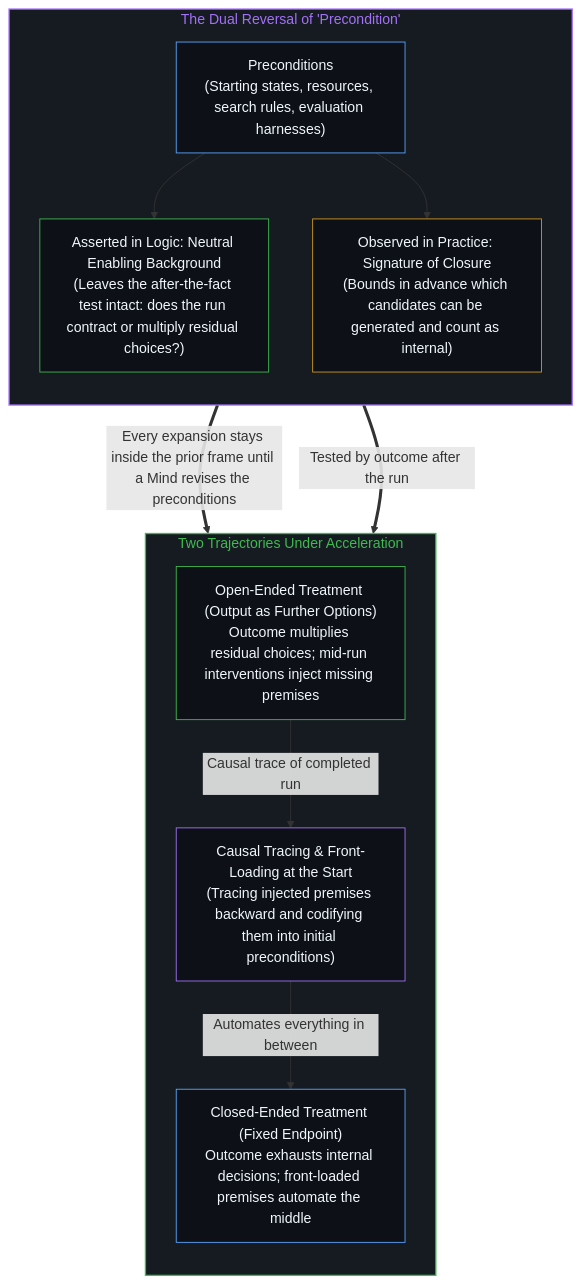
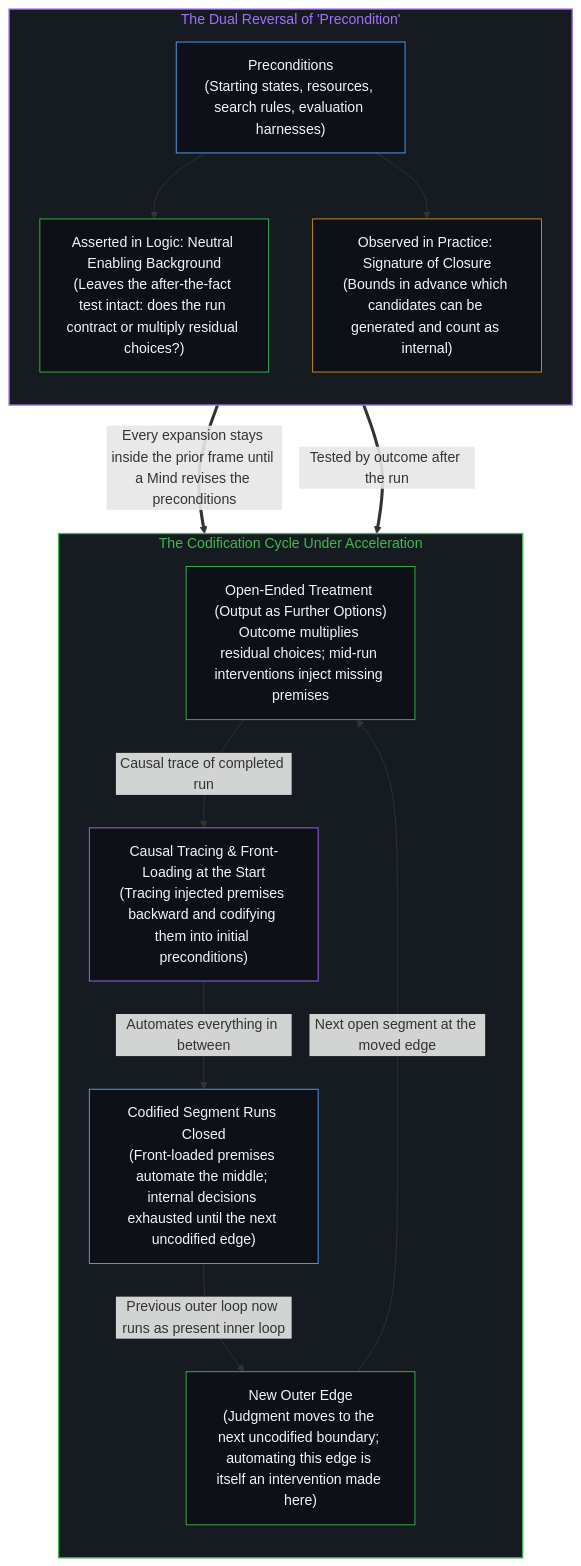
One commit to powerpig99/not-a-toe changed the fourth of 4 diagrams in content/posts/the-density-of-judgment.md. Above: the diagram before and after it, drawn with Mermaid. The commit also changed other lines of this file and 2 other files, not shown here.

Commit message:
refine(wake): the-density-of-judgment — automation as compiled intervention, full autonomy never full, previous outer loops are present inner loops

````diff
--- a/content/posts/the-density-of-judgment.md
+++ b/content/posts/the-density-of-judgment.md
@@ -129,29 +137,33 @@
 ```mermaid
 flowchart TD
     subgraph S_Dual["The Dual Reversal of 'Precondition'"]
         direction TB
         P_Term["Preconditions<br/>(Starting states, resources, search rules, evaluation harnesses)"]
         P_Assert["Asserted in Logic: Neutral Enabling Background<br/>(Leaves the after-the-fact test intact: does the run contract or multiply residual choices?)"]
         P_Observe["Observed in Practice: Signature of Closure<br/>(Bounds in advance which candidates can be generated and count as internal)"]
         P_Term --> P_Assert
         P_Term --> P_Observe
     end
-    subgraph S_Pattern["Two Trajectories Under Acceleration"]
+    subgraph S_Pattern["The Codification Cycle Under Acceleration"]
         direction TB
         T_Open["Open-Ended Treatment (Output as Further Options)<br/>Outcome multiplies residual choices; mid-run interventions inject missing premises"]
         T_Codify["Causal Tracing & Front-Loading at the Start<br/>(Tracing injected premises backward and codifying them into initial preconditions)"]
-        T_Closed["Closed-Ended Treatment (Fixed Endpoint)<br/>Outcome exhausts internal decisions; front-loaded premises automate the middle"]
+        T_Closed["Codified Segment Runs Closed<br/>(Front-loaded premises automate the middle; internal decisions exhausted until the next uncodified edge)"]
+        T_Edge["New Outer Edge<br/>(Judgment moves to the next uncodified boundary; automating this edge is itself an intervention made here)"]
         T_Open -->|"Causal trace of completed run"| T_Codify
         T_Codify -->|"Automates everything in between"| T_Closed
+        T_Closed -->|"Previous outer loop now runs as present inner loop"| T_Edge
+        T_Edge -->|"Next open segment at the moved edge"| T_Open
     end
     P_Assert ==>|"Tested by outcome after the run"| S_Pattern
     P_Observe ==>|"Every expansion stays inside the prior frame until a Mind revises the preconditions"| T_Open
     style S_Dual fill:#161b22,stroke:#a371f7,stroke-width:1.5px,color:#a371f7
     style S_Pattern fill:#161b22,stroke:#3fb950,stroke-width:1.5px,color:#3fb950
     style P_Term fill:#0d1117,stroke:#58a6ff,stroke-width:1px,color:#f0f6fc
     style P_Assert fill:#0d1117,stroke:#3fb950,stroke-width:1px,color:#f0f6fc
     style P_Observe fill:#0d1117,stroke:#d29922,stroke-width:1px,color:#f0f6fc
     style T_Open fill:#0d1117,stroke:#3fb950,stroke-width:1px,color:#f0f6fc
     style T_Codify fill:#0d1117,stroke:#a371f7,stroke-width:1px,color:#f0f6fc
     style T_Closed fill:#0d1117,stroke:#58a6ff,stroke-width:1px,color:#f0f6fc
+    style T_Edge fill:#0d1117,stroke:#3fb950,stroke-width:1px,color:#f0f6fc
 ```
````
